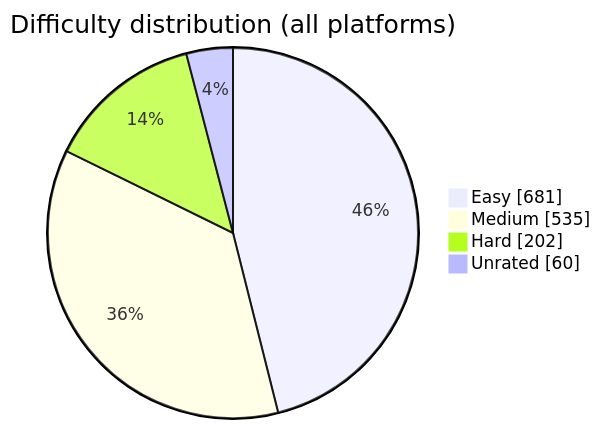
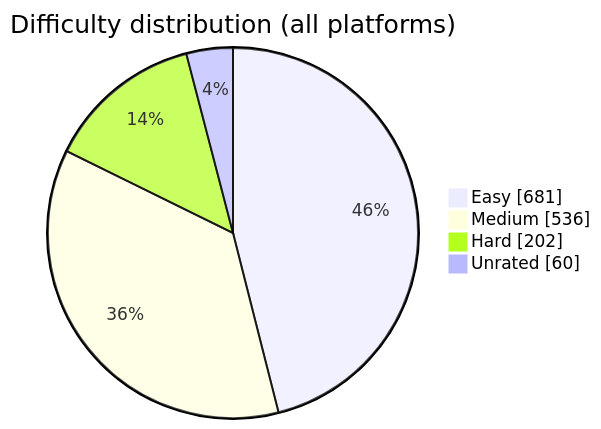
The diagram in README.md (BuildbyArindam/Daily-Coding-Log), drawn with Mermaid before and after one commit. The commit also changed other lines of this file, not shown here.

````diff
--- a/README.md
+++ b/README.md
@@ -93,7 +93,7 @@
 ```mermaid
 pie showData title Difficulty distribution (all platforms)
     "Easy" : 681
-    "Medium" : 535
+    "Medium" : 536
     "Hard" : 202
     "Unrated" : 60
 ```
````
